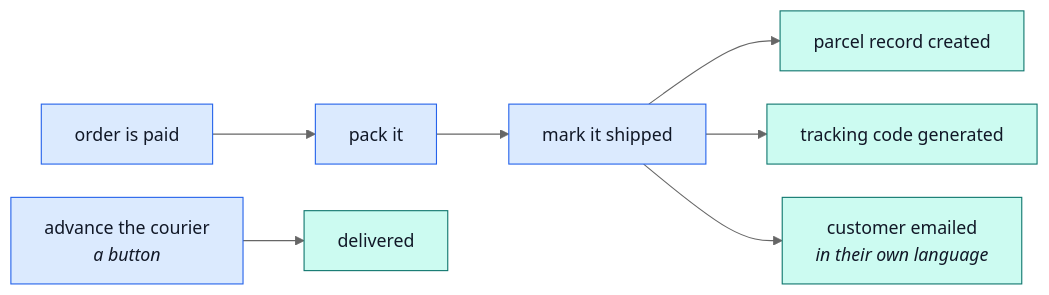
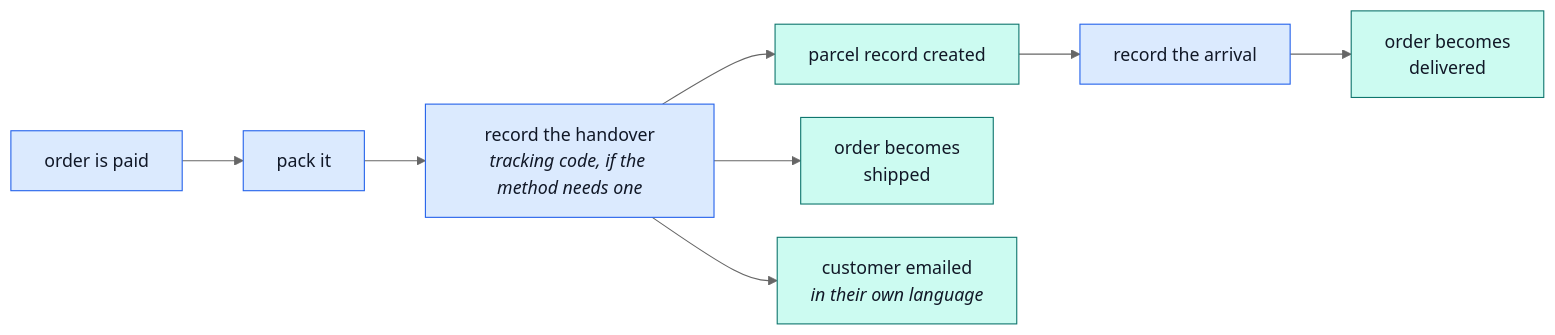
One commit to Guebbit/boilerplate-node-backend changed the third of 3 diagrams in docs/demo-ecommerce/warehouse.md. Above: the diagram before and after it, drawn with Mermaid (neutral theme). The commit also changed other lines of this file and 1 other file, not shown here.

First line of the commit message:
docs(demo-ecommerce): explain who moves an order and why

````diff
--- a/docs/demo-ecommerce/warehouse.md
+++ b/docs/demo-ecommerce/warehouse.md
@@ -105,15 +109,16 @@
 ```mermaid
 %%{init: {'flowchart': {'nodeSpacing': 30, 'rankSpacing': 55}}}%%
 flowchart LR
     A["order is paid"] --> B["pack it"]
-    B --> C["mark it shipped"]
+    B --> C["record the handover<br/><i>tracking code, if the method needs one</i>"]
     C --> D["parcel record created"]
-    C --> E["tracking code generated"]
+    C --> E["order becomes<br/>shipped"]
     C --> F["customer emailed<br/><i>in their own language</i>"]
-    G["advance the courier<br/><i>a button</i>"] --> H["delivered"]
+    D --> G["record the arrival"]
+    G --> H["order becomes<br/>delivered"]
 
     classDef act fill:#dbeafe,stroke:#2563eb,color:#111827;
     classDef auto fill:#ccfbf1,stroke:#0f766e,color:#111827;
     class A,B,C,G act;
     class D,E,F,H auto;
 ```
````
